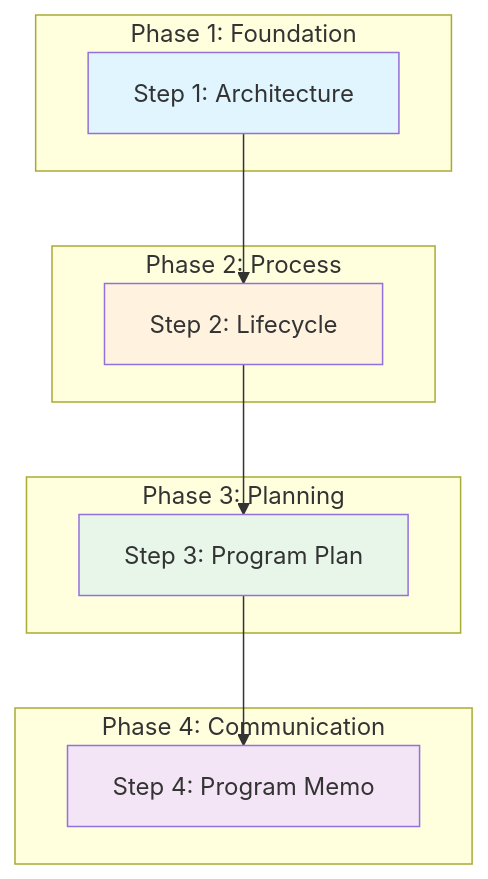
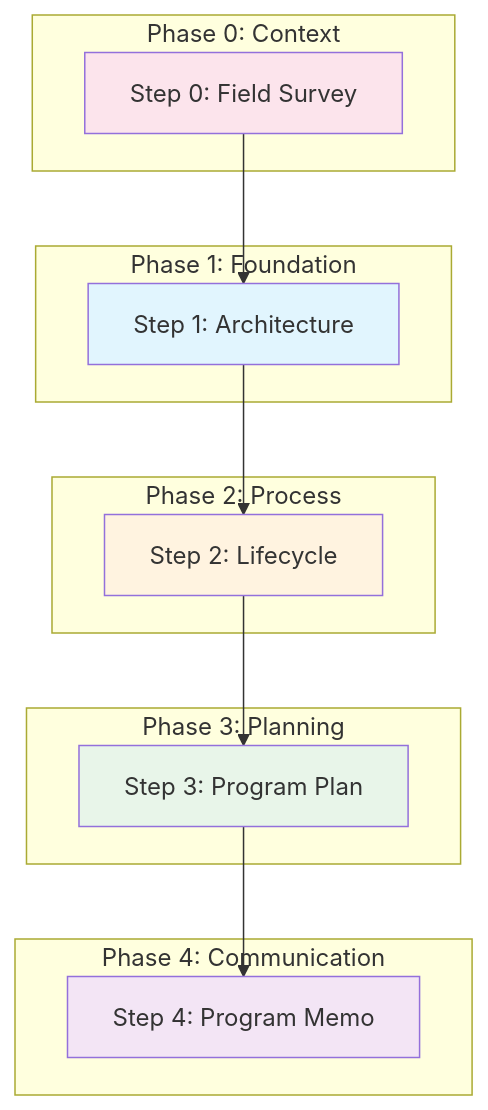
One commit to BlockScience/assurances-audits-accountability changed the diagram in 00_vertices/runbook-program-development.md. Above: the diagram before and after it, drawn with Mermaid. The commit also changed other lines of this file and 25 other files, not shown here.

First line of the commit message:
Add field-survey document type and complete program-plan assurance

````diff
--- a/00_vertices/runbook-program-development.md
+++ b/00_vertices/runbook-program-development.md
@@ -120,27 +122,33 @@
 ```mermaid
 flowchart TB
+    subgraph Phase0[Phase 0: Context]
+        S0[Step 0: Field Survey]
+    end
+
     subgraph Phase1[Phase 1: Foundation]
         S1[Step 1: Architecture]
     end
 
     subgraph Phase2[Phase 2: Process]
         S2[Step 2: Lifecycle]
     end
 
     subgraph Phase3[Phase 3: Planning]
         S3[Step 3: Program Plan]
     end
 
     subgraph Phase4[Phase 4: Communication]
         S4[Step 4: Program Memo]
     end
 
+    S0 --> S1
     S1 --> S2
     S2 --> S3
     S3 --> S4
 
+    style S0 fill:#fce4ec
     style S1 fill:#e1f5fe
     style S2 fill:#fff3e0
     style S3 fill:#e8f5e9
     style S4 fill:#f3e5f5
 ```
````
